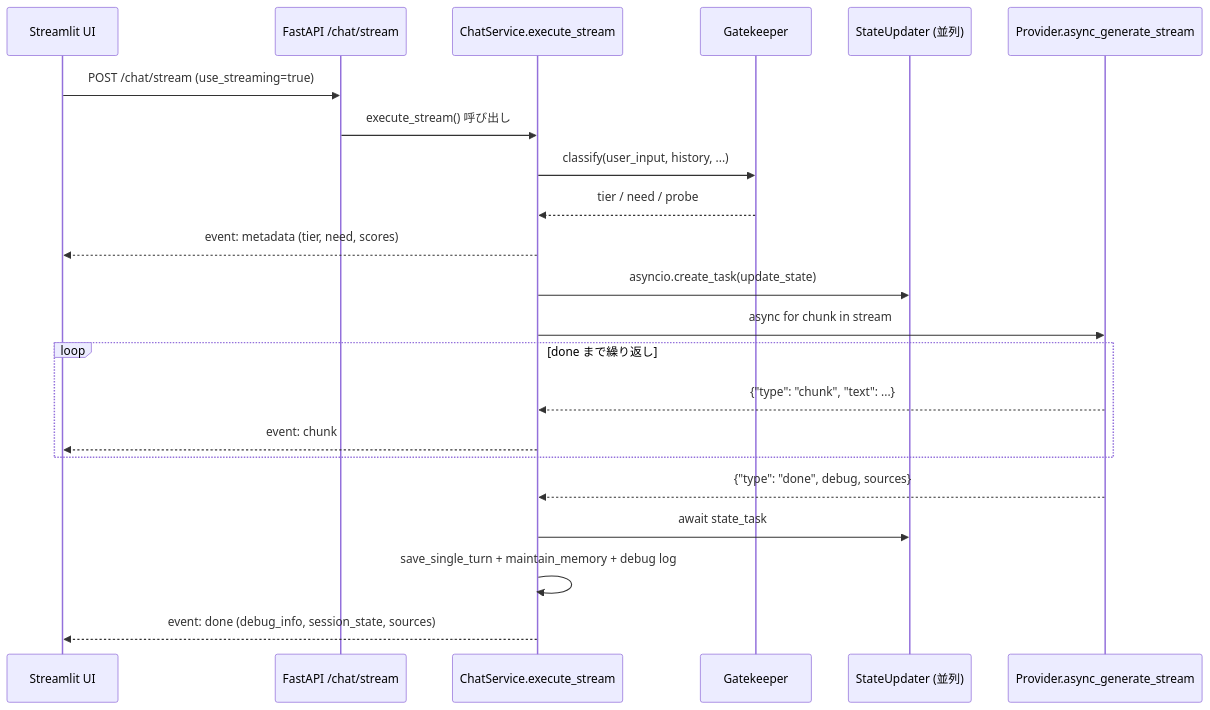
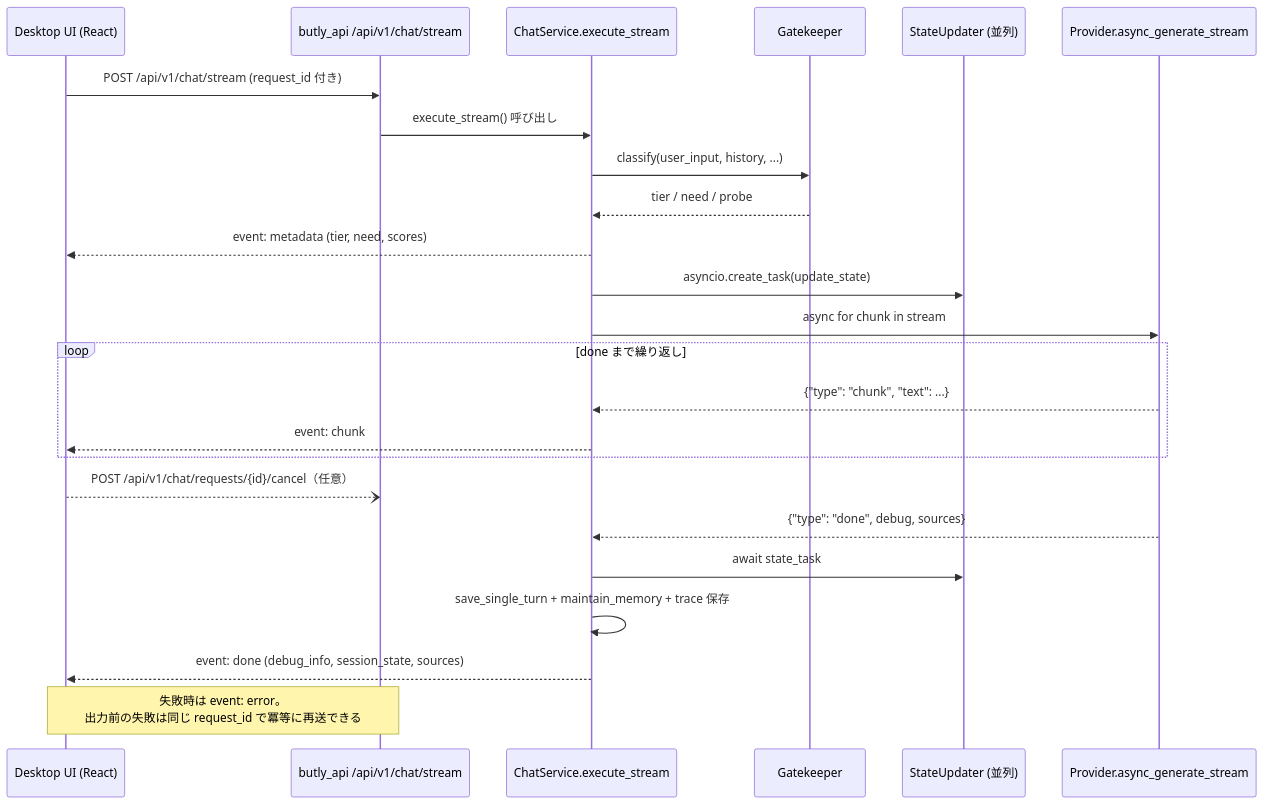
Before and after one commit to unagisann/Butly: the eighth of 11 diagrams in docs/reference/DIAGRAMS.ja.md, drawn with Mermaid. The commit also changed other lines of this file and 28 other files, not shown here.

````diff
--- a/docs/reference/DIAGRAMS.ja.md
+++ b/docs/reference/DIAGRAMS.ja.md
@@ -158,25 +278,27 @@
 ```mermaid
 sequenceDiagram
-    participant UI as Streamlit UI
-    participant API as FastAPI /chat/stream
+    participant UI as Desktop UI (React)
+    participant API as butly_api /api/v1/chat/stream
     participant CS as ChatService.execute_stream
     participant GK as Gatekeeper
     participant SU as StateUpdater (並列)
     participant P as Provider.async_generate_stream
 
-    UI->>API: POST /chat/stream (use_streaming=true)
+    UI->>API: POST /api/v1/chat/stream (request_id 付き)
     API->>CS: execute_stream() 呼び出し
     CS->>GK: classify(user_input, history, ...)
     GK-->>CS: tier / need / probe
     CS-->>UI: event: metadata (tier, need, scores)
     CS->>SU: asyncio.create_task(update_state)
     CS->>P: async for chunk in stream
     loop done まで繰り返し
         P-->>CS: {"type": "chunk", "text": ...}
         CS-->>UI: event: chunk
     end
+    UI--)API: POST /api/v1/chat/requests/{id}/cancel（任意）
     P-->>CS: {"type": "done", debug, sources}
     CS->>SU: await state_task
-    CS->>CS: save_single_turn + maintain_memory + debug log
+    CS->>CS: save_single_turn + maintain_memory + trace 保存
     CS-->>UI: event: done (debug_info, session_state, sources)
+    Note over UI,API: 失敗時は event: error。<br/>出力前の失敗は同じ request_id で冪等に再送できる
 ```
````
